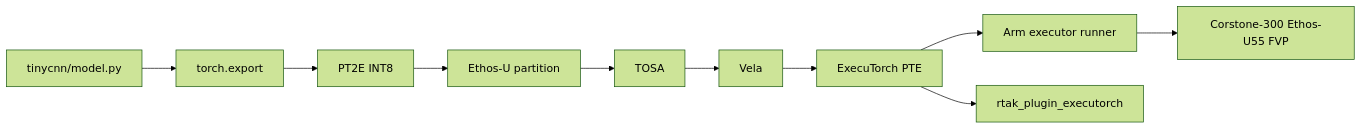
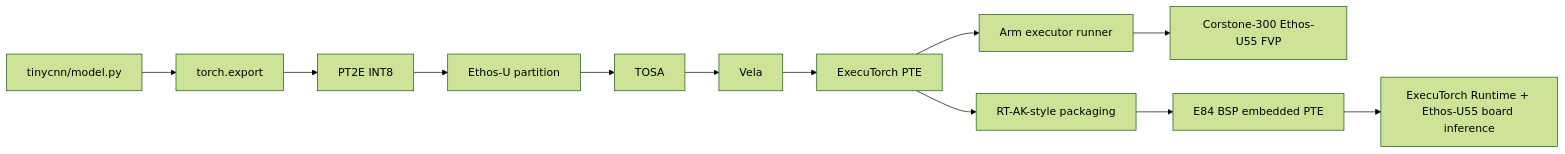
The diagram in tinycnn-executorch/README.md (zwb725/tinycnn-edgi_talk), drawn with Mermaid (forest theme) before and after one commit. The commit also changed other lines of this file and 19 other files, not shown here.

````diff
--- a/tinycnn-executorch/README.md
+++ b/tinycnn-executorch/README.md
@@ -25,12 +52,14 @@
 ```mermaid
 flowchart LR
   A["tinycnn/model.py"] --> B["torch.export"]
   B --> C["PT2E INT8"]
   C --> D["Ethos-U partition"]
   D --> E["TOSA"]
   E --> F["Vela"]
   F --> G["ExecuTorch PTE"]
   G --> H["Arm executor runner"]
   H --> I["Corstone-300 Ethos-U55 FVP"]
-  G --> J["rtak_plugin_executorch"]
+  G --> J["RT-AK-style packaging"]
+  J --> K["E84 BSP embedded PTE"]
+  K --> L["ExecuTorch Runtime + Ethos-U55 board inference"]
 ```
````
